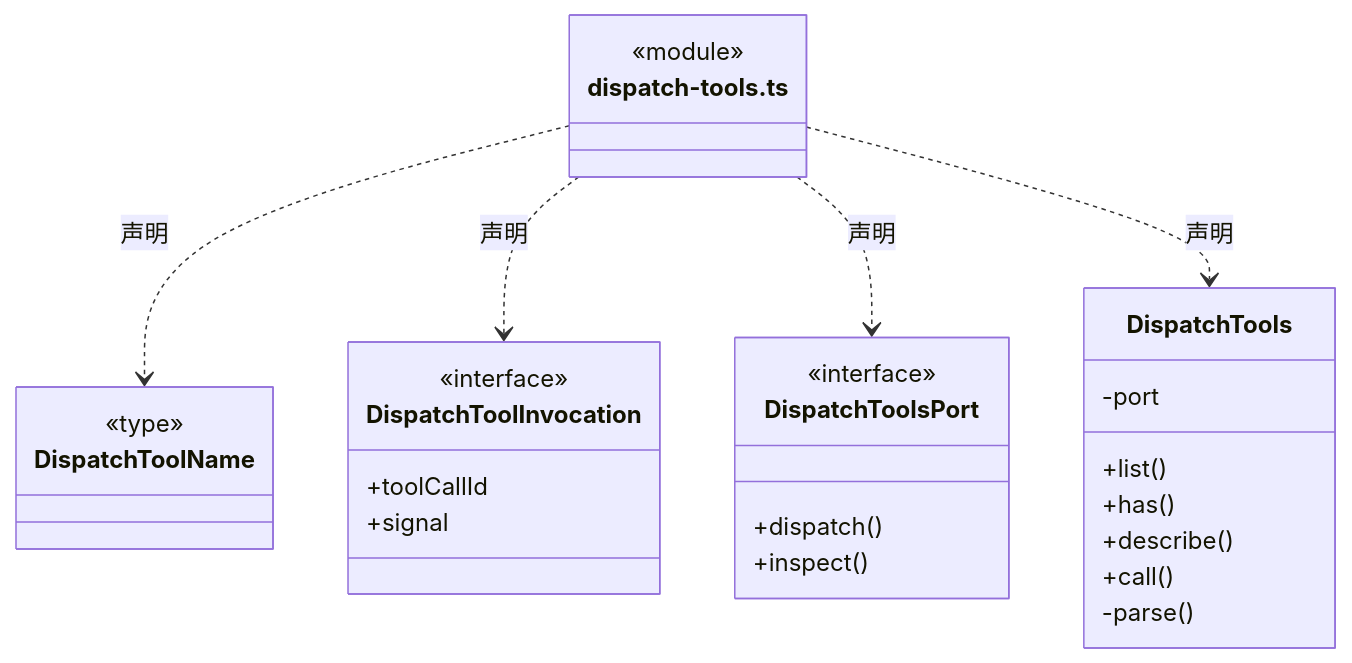
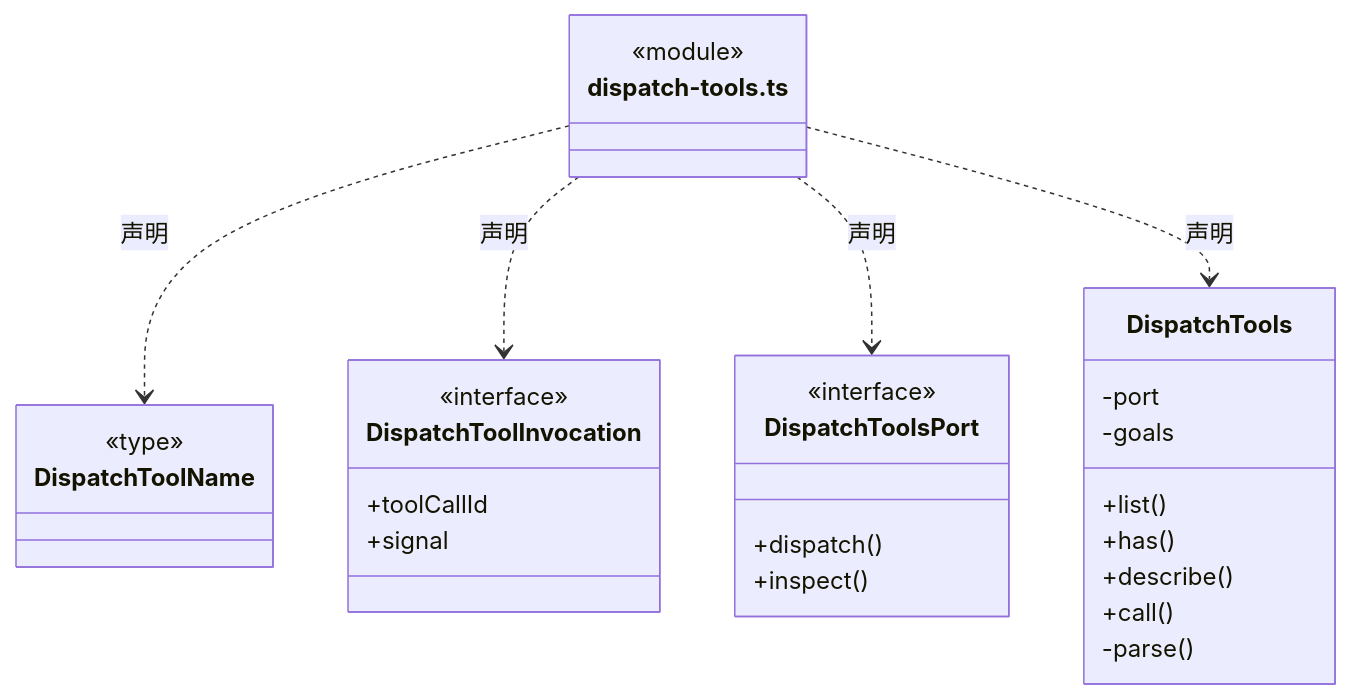
Before and after one commit to nan023062/cbim: the first of 6 diagrams in src/backend/scheduler-engine/tools/ARCHITECTURE.md, drawn with Mermaid. The commit also changed other lines of this file and 36 other files, not shown here.

````diff
--- a/src/backend/scheduler-engine/tools/ARCHITECTURE.md
+++ b/src/backend/scheduler-engine/tools/ARCHITECTURE.md
@@ -20,32 +21,33 @@
 ```mermaid
 classDiagram
 class N_src_backend_scheduler_engine_tools_dispatch_tools_ts["dispatch-tools.ts"] {
   <<module>>
 }
 class N_src_backend_scheduler_engine_tools_dispatch_tools_ts_DispatchToolName["DispatchToolName"] {
   <<type>>
 
 }
 N_src_backend_scheduler_engine_tools_dispatch_tools_ts ..> N_src_backend_scheduler_engine_tools_dispatch_tools_ts_DispatchToolName : 声明
 class N_src_backend_scheduler_engine_tools_dispatch_tools_ts_DispatchToolInvocation["DispatchToolInvocation"] {
   <<interface>>
   +toolCallId
   +signal
 }
 N_src_backend_scheduler_engine_tools_dispatch_tools_ts ..> N_src_backend_scheduler_engine_tools_dispatch_tools_ts_DispatchToolInvocation : 声明
 class N_src_backend_scheduler_engine_tools_dispatch_tools_ts_DispatchToolsPort["DispatchToolsPort"] {
   <<interface>>
   +dispatch()
   +inspect()
 }
 N_src_backend_scheduler_engine_tools_dispatch_tools_ts ..> N_src_backend_scheduler_engine_tools_dispatch_tools_ts_DispatchToolsPort : 声明
 class N_src_backend_scheduler_engine_tools_dispatch_tools_ts_DispatchTools["DispatchTools"] {
   +list()
   +has()
   +describe()
   +call()
   -port
+  -goals
   -parse()
 }
 N_src_backend_scheduler_engine_tools_dispatch_tools_ts ..> N_src_backend_scheduler_engine_tools_dispatch_tools_ts_DispatchTools : 声明
 ```
````
